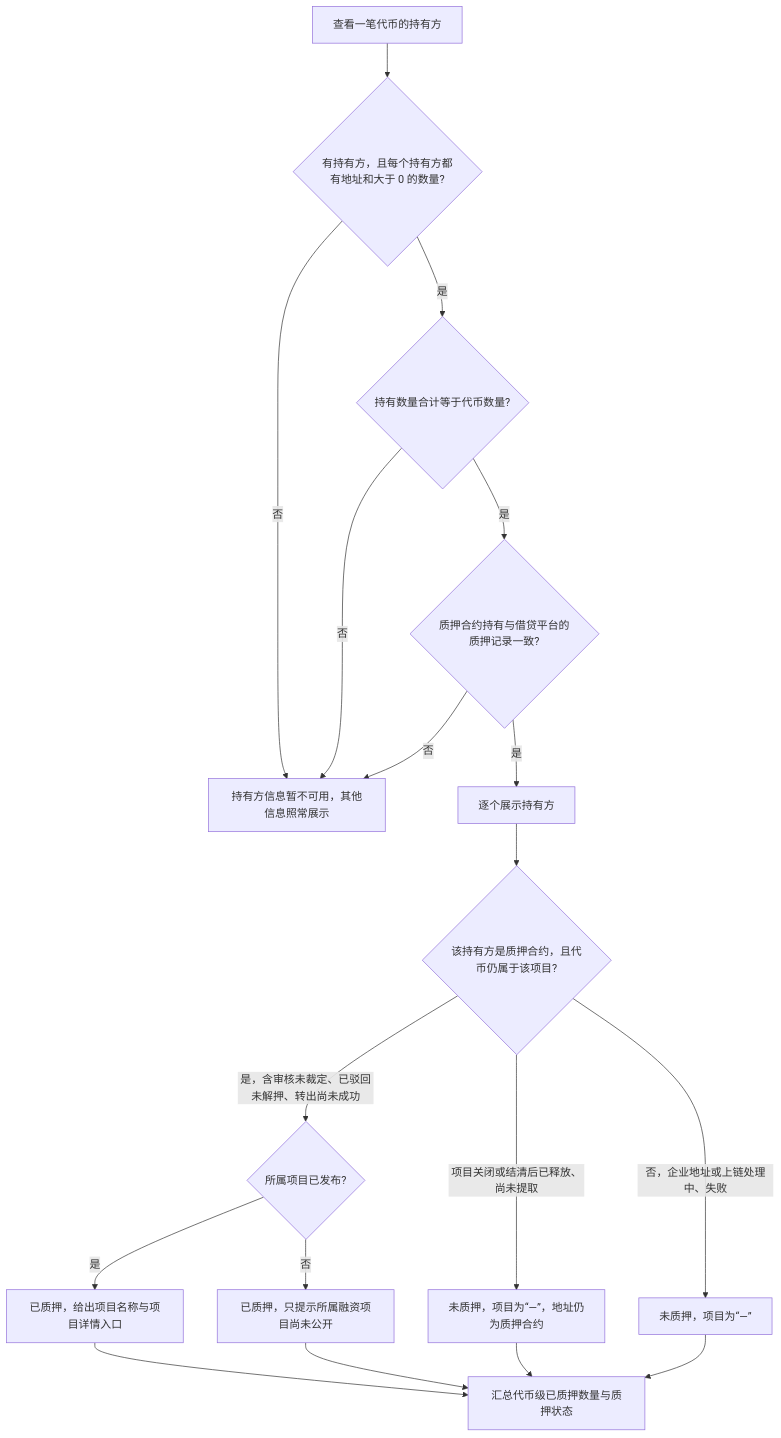
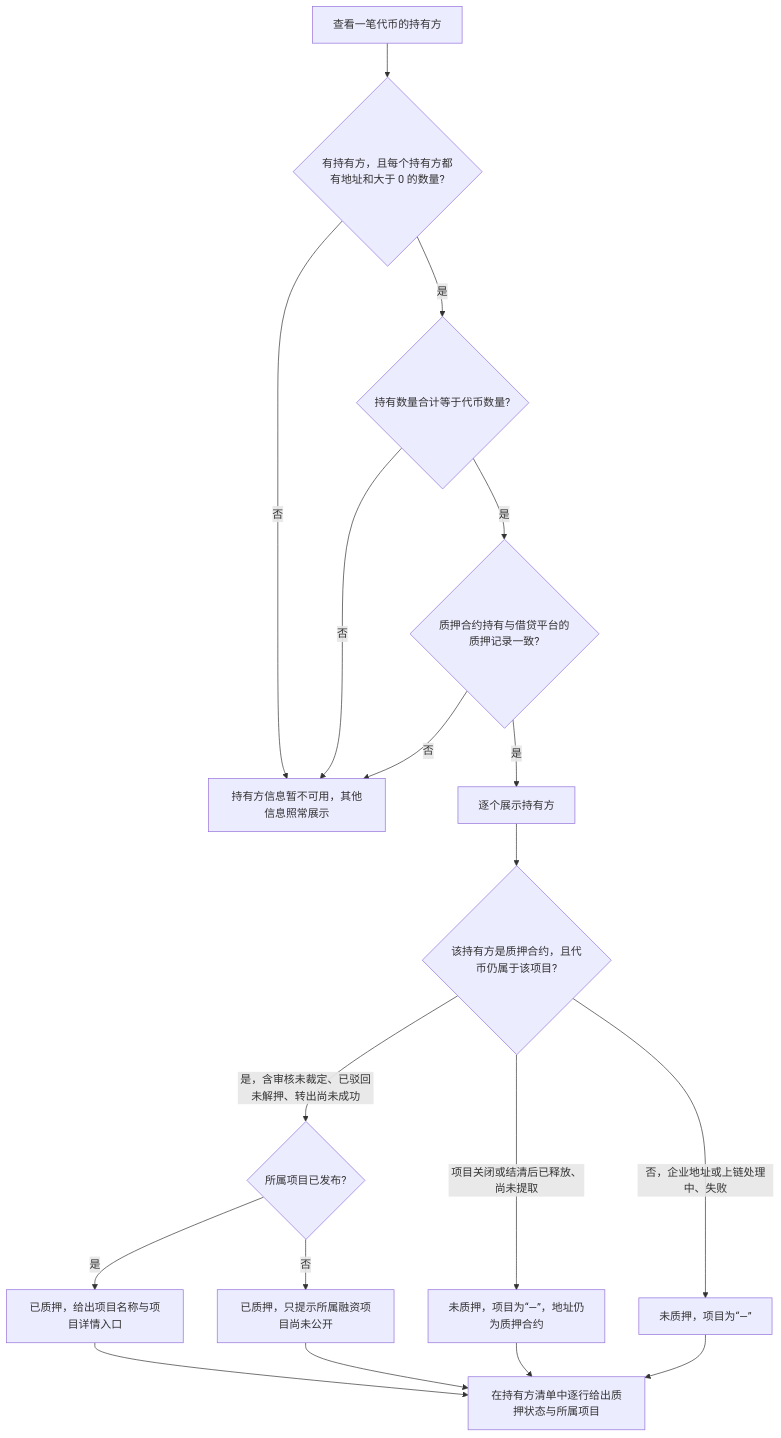
One commit to wxblockchain/Chain-Financing changed the third of 6 diagrams in lending-platform/PRD/面客端/04-资产广场-已上架代币只读域/02-资产广场-流程图与状态机.md. Above: the diagram before and after it, drawn with Mermaid. The commit also changed other lines of this file and 4 other files, not shown here.

````diff
--- a/lending-platform/PRD/面客端/04-资产广场-已上架代币只读域/02-资产广场-流程图与状态机.md
+++ b/lending-platform/PRD/面客端/04-资产广场-已上架代币只读域/02-资产广场-流程图与状态机.md
@@ -56,20 +56,20 @@
 ```mermaid
 flowchart TD
   A[查看一笔代币的持有方] --> B{有持有方，且每个持有方都有地址和大于 0 的数量?}
   B -->|否| X[持有方信息暂不可用，其他信息照常展示]
   B -->|是| C{持有数量合计等于代币数量?}
   C -->|否| X
   C -->|是| D{质押合约持有与借贷平台的质押记录一致?}
   D -->|否| X
   D -->|是| E[逐个展示持有方]
   E --> F{该持有方是质押合约，且代币仍属于该项目?}
   F -->|是，含审核未裁定、已驳回未解押、转出尚未成功| G{所属项目已发布?}
   G -->|是| H[已质押，给出项目名称与项目详情入口]
   G -->|否| I[已质押，只提示所属融资项目尚未公开]
   F -->|项目关闭或结清后已释放、尚未提取| J[未质押，项目为“—”，地址仍为质押合约]
   F -->|否，企业地址或上链处理中、失败| K[未质押，项目为“—”]
-  H --> L[汇总代币级已质押数量与质押状态]
+  H --> L[在持有方清单中逐行给出质押状态与所属项目]
   I --> L
   J --> L
   K --> L
 ```
````
